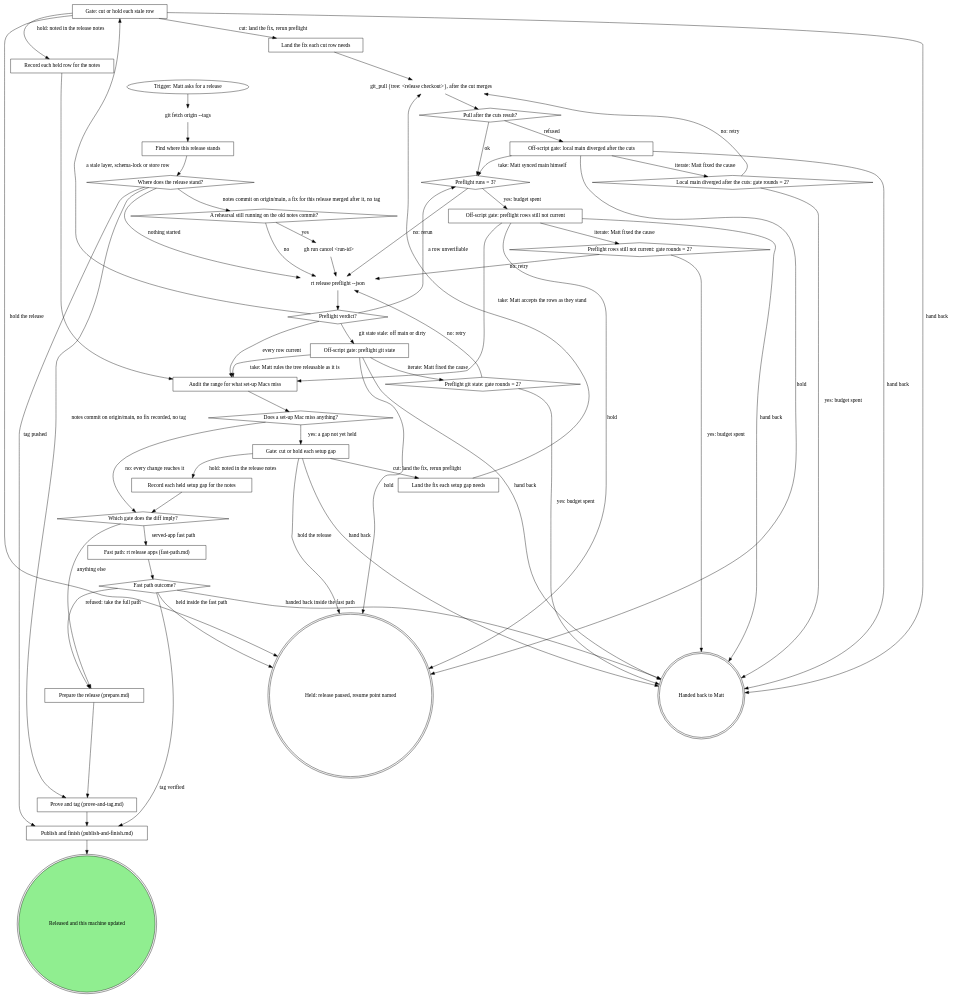
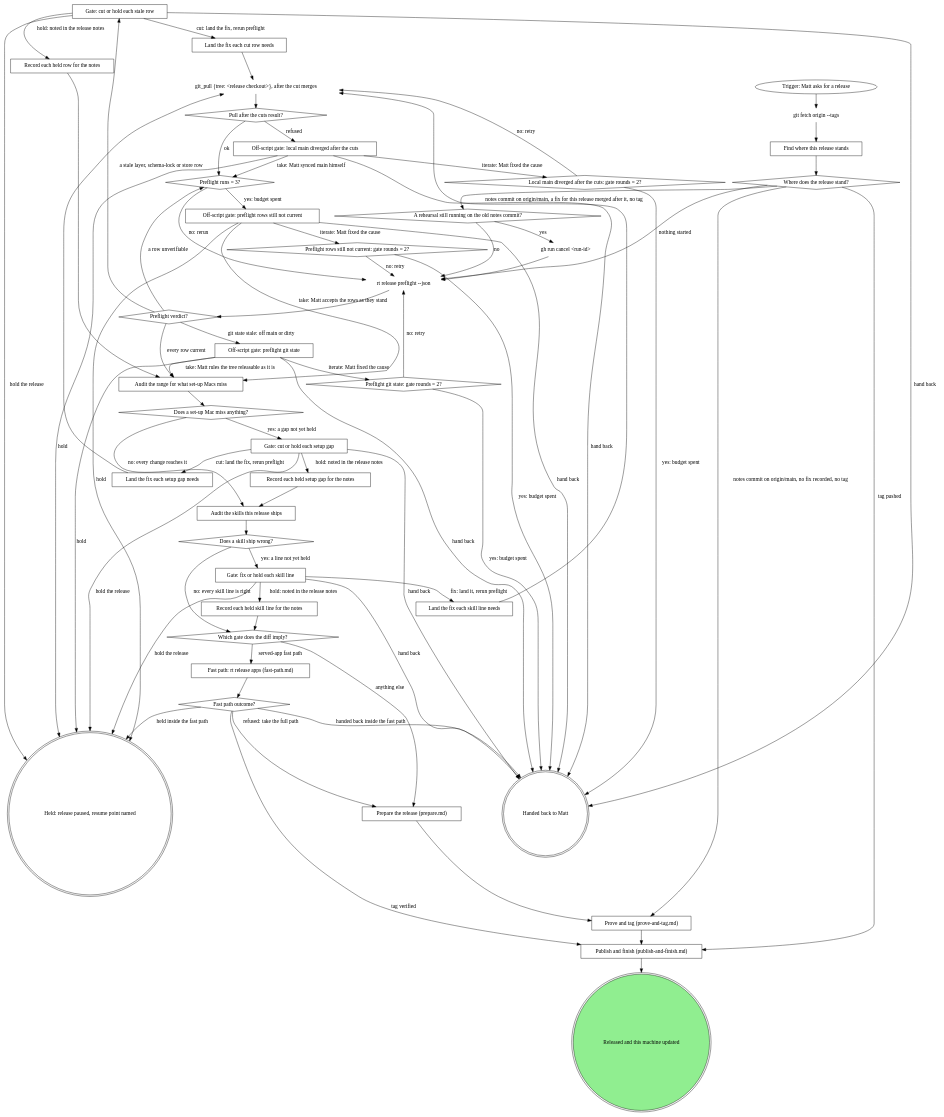
Before and after one commit to m4ttstack/mattstack: the diagram in skills/rt-release/SKILL.md, drawn with Graphviz. The commit also changed other lines of this file, not shown here.

Commit message:
rt:release: audit the skills a release ships before choosing the gate

```diff
--- a/skills/rt-release/SKILL.md
+++ b/skills/rt-release/SKILL.md
@@ -50,6 +50,11 @@
     "Gate: cut or hold each setup gap" [shape=box];
     "Land the fix each setup gap needs" [shape=box];
     "Record each held setup gap for the notes" [shape=box];
+    "Audit the skills this release ships" [shape=box];
+    "Does a skill ship wrong?" [shape=diamond];
+    "Gate: fix or hold each skill line" [shape=box];
+    "Land the fix each skill line needs" [shape=box];
+    "Record each held skill line for the notes" [shape=box];
     "Which gate does the diff imply?" [shape=diamond];
     "Fast path: rt release apps (fast-path.md)" [shape=box];
     "Fast path outcome?" [shape=diamond];
@@ -110,14 +115,23 @@
     "Pull after the cuts result?" -> "Off-script gate: local main diverged after the cuts" [label="refused"];
     "Record each held row for the notes" -> "Audit the range for what set-up Macs miss";
     "Audit the range for what set-up Macs miss" -> "Does a set-up Mac miss anything?";
-    "Does a set-up Mac miss anything?" -> "Which gate does the diff imply?" [label="no: every change reaches it"];
+    "Does a set-up Mac miss anything?" -> "Audit the skills this release ships" [label="no: every change reaches it"];
     "Does a set-up Mac miss anything?" -> "Gate: cut or hold each setup gap" [label="yes: a gap not yet held"];
     "Gate: cut or hold each setup gap" -> "Land the fix each setup gap needs" [label="cut: land the fix, rerun preflight"];
     "Gate: cut or hold each setup gap" -> "Record each held setup gap for the notes" [label="hold: noted in the release notes"];
     "Gate: cut or hold each setup gap" -> "Held: release paused, resume point named" [label="hold the release"];
     "Gate: cut or hold each setup gap" -> "Handed back to Matt" [label="hand back"];
     "Land the fix each setup gap needs" -> "git_pull {tree: <release checkout>}, after the cut merges";
-    "Record each held setup gap for the notes" -> "Which gate does the diff imply?";
+    "Record each held setup gap for the notes" -> "Audit the skills this release ships";
+    "Audit the skills this release ships" -> "Does a skill ship wrong?";
+    "Does a skill ship wrong?" -> "Which gate does the diff imply?" [label="no: every skill line is right"];
+    "Does a skill ship wrong?" -> "Gate: fix or hold each skill line" [label="yes: a line not yet held"];
+    "Gate: fix or hold each skill line" -> "Land the fix each skill line needs" [label="fix: land it, rerun preflight"];
+    "Gate: fix or hold each skill line" -> "Record each held skill line for the notes" [label="hold: noted in the release notes"];
+    "Gate: fix or hold each skill line" -> "Held: release paused, resume point named" [label="hold the release"];
+    "Gate: fix or hold each skill line" -> "Handed back to Matt" [label="hand back"];
+    "Land the fix each skill line needs" -> "git_pull {tree: <release checkout>}, after the cut merges";
+    "Record each held skill line for the notes" -> "Which gate does the diff imply?";
     "Which gate does the diff imply?" -> "Fast path: rt release apps (fast-path.md)" [label="served-app fast path"];
     "Which gate does the diff imply?" -> "Prepare the release (prepare.md)" [label="anything else"];
     "Fast path: rt release apps (fast-path.md)" -> "Fast path outcome?";
```
